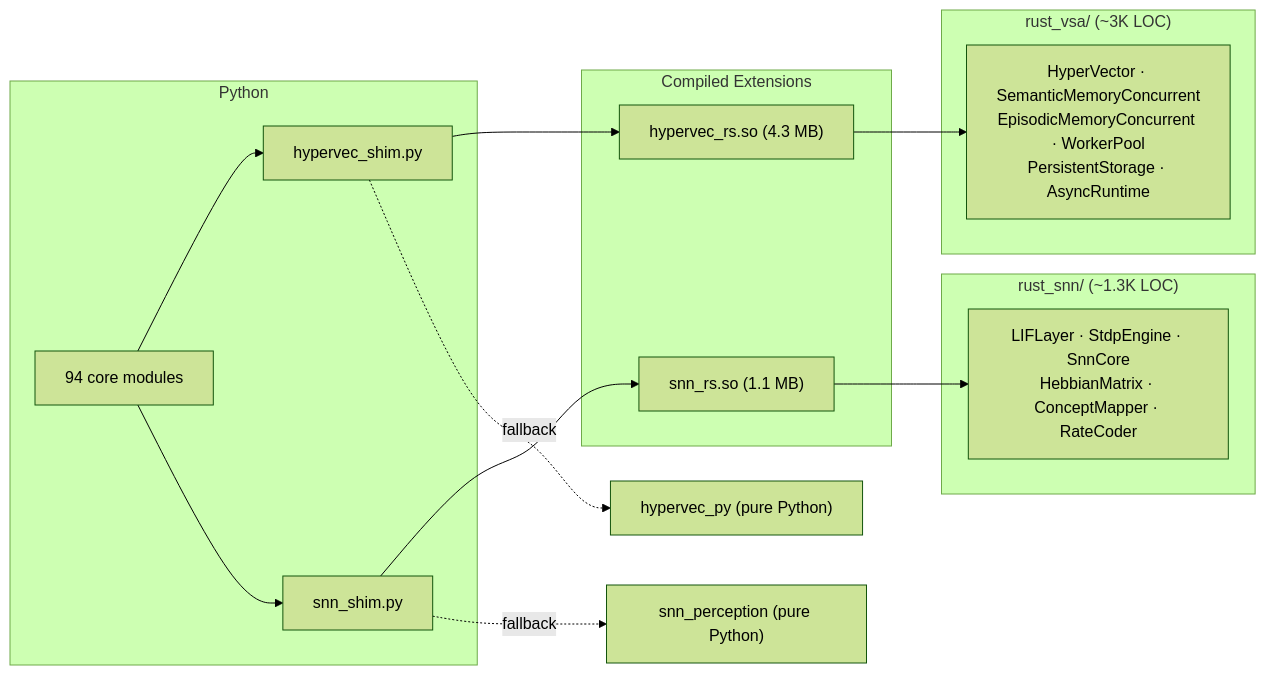
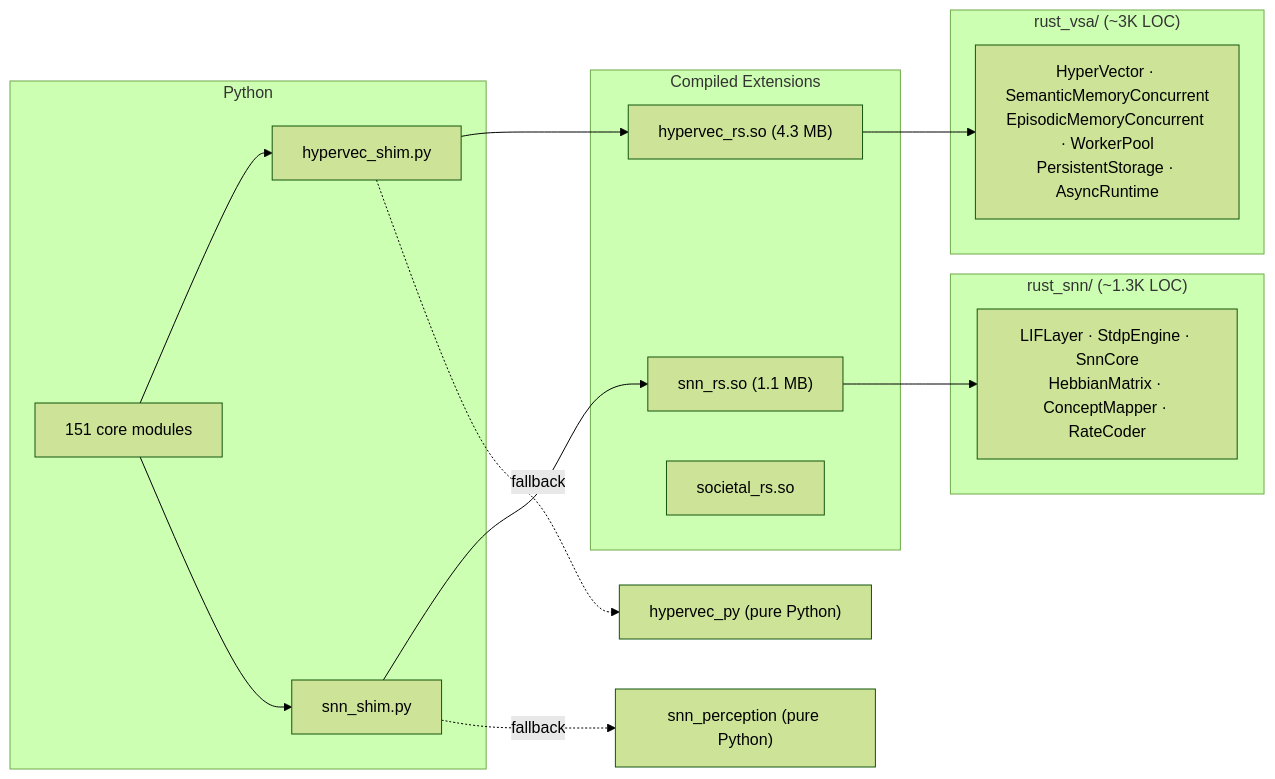
One commit to shiva2321/Neuro-Symbolic-Cognitive-Kernel changed the third of 3 diagrams in nsck/docs/REPOMAP.md. Above: the diagram before and after it, drawn with Mermaid (forest theme). The commit also changed other lines of this file and 19 other files, not shown here.

````diff
--- a/nsck/docs/REPOMAP.md
+++ b/nsck/docs/REPOMAP.md
@@ -207,27 +211,28 @@
 ```mermaid
 graph LR
     subgraph Python
         SHIM["hypervec_shim.py"]
         SSHIM["snn_shim.py"]
-        MOD["94 core modules"]
+        MOD["151 core modules"]
     end
 
     subgraph Compiled["Compiled Extensions"]
         VSA_SO["hypervec_rs.so (4.3 MB)"]
         SNN_SO["snn_rs.so (1.1 MB)"]
+        SOC_SO["societal_rs.so"]
     end
 
     subgraph rust_vsa["rust_vsa/ (~3K LOC)"]
         RV["HyperVector · SemanticMemoryConcurrent<br/>EpisodicMemoryConcurrent · WorkerPool<br/>PersistentStorage · AsyncRuntime"]
     end
 
     subgraph rust_snn["rust_snn/ (~1.3K LOC)"]
         RS["LIFLayer · StdpEngine · SnnCore<br/>HebbianMatrix · ConceptMapper · RateCoder"]
     end
 
     MOD --> SHIM & SSHIM
     SHIM --> VSA_SO --> RV
     SSHIM --> SNN_SO --> RS
     SHIM -.->|"fallback"| FP["hypervec_py (pure Python)"]
     SSHIM -.->|"fallback"| FS["snn_perception (pure Python)"]
 ```
````
